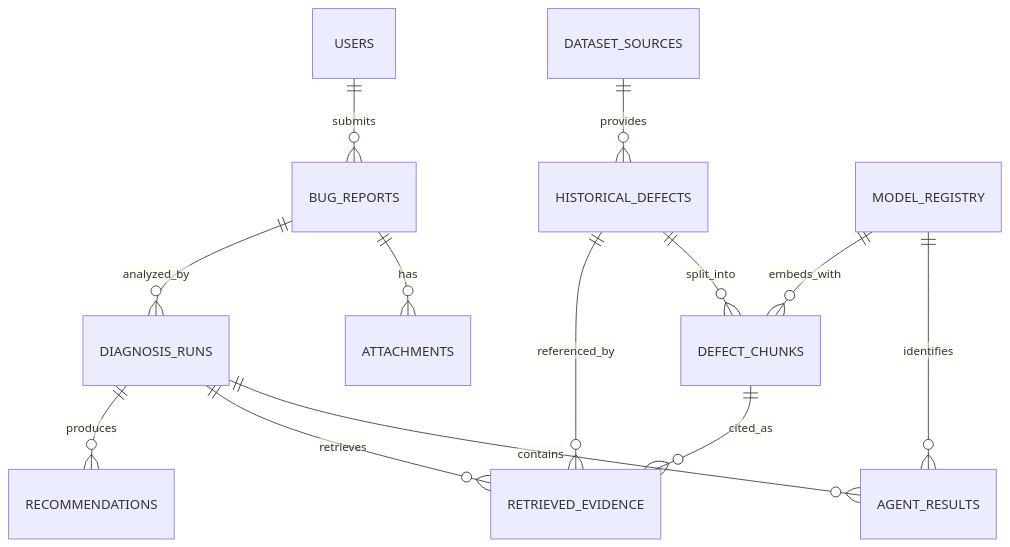
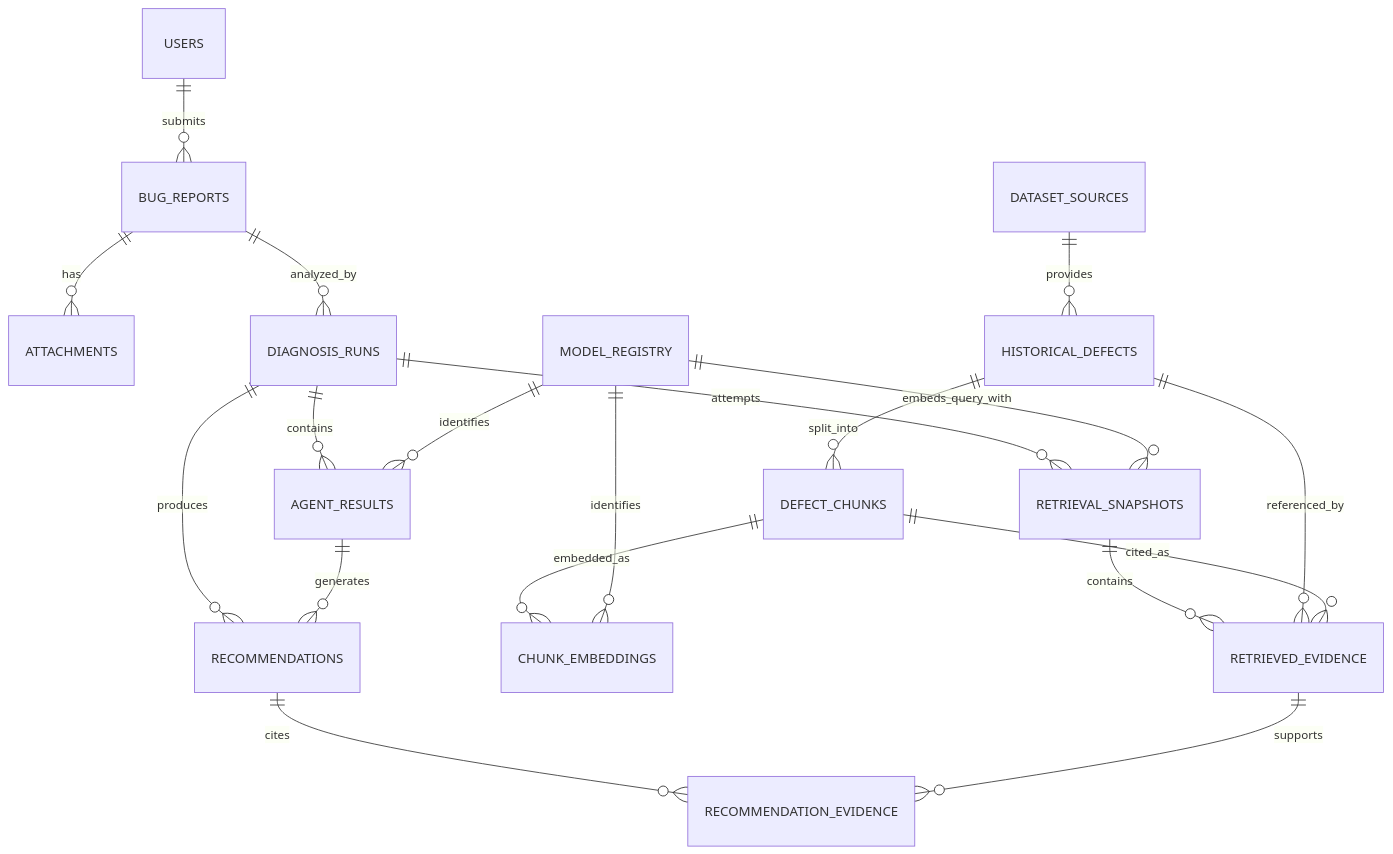
Before and after one commit to Mokshsaini7/intelligent-bug-diagnosis-platform: the diagram in docs/database-schema.md, drawn with Mermaid. The commit also changed other lines of this file, not shown here.

````diff
--- a/docs/database-schema.md
+++ b/docs/database-schema.md
@@ -78,15 +87,21 @@
 ```mermaid
 erDiagram
     USERS ||--o{ BUG_REPORTS : submits
     BUG_REPORTS ||--o{ ATTACHMENTS : has
     BUG_REPORTS ||--o{ DIAGNOSIS_RUNS : analyzed_by
     DIAGNOSIS_RUNS ||--o{ AGENT_RESULTS : contains
-    DIAGNOSIS_RUNS ||--o{ RETRIEVED_EVIDENCE : retrieves
     DIAGNOSIS_RUNS ||--o{ RECOMMENDATIONS : produces
+    AGENT_RESULTS ||--o{ RECOMMENDATIONS : generates
     DATASET_SOURCES ||--o{ HISTORICAL_DEFECTS : provides
     HISTORICAL_DEFECTS ||--o{ DEFECT_CHUNKS : split_into
+    DEFECT_CHUNKS ||--o{ CHUNK_EMBEDDINGS : embedded_as
+    MODEL_REGISTRY ||--o{ CHUNK_EMBEDDINGS : identifies
+    DIAGNOSIS_RUNS ||--o{ RETRIEVAL_SNAPSHOTS : attempts
+    RETRIEVAL_SNAPSHOTS ||--o{ RETRIEVED_EVIDENCE : contains
     HISTORICAL_DEFECTS ||--o{ RETRIEVED_EVIDENCE : referenced_by
     DEFECT_CHUNKS ||--o{ RETRIEVED_EVIDENCE : cited_as
     MODEL_REGISTRY ||--o{ AGENT_RESULTS : identifies
-    MODEL_REGISTRY ||--o{ DEFECT_CHUNKS : embeds_with
+    MODEL_REGISTRY ||--o{ RETRIEVAL_SNAPSHOTS : embeds_query_with
+    RECOMMENDATIONS ||--o{ RECOMMENDATION_EVIDENCE : cites
+    RETRIEVED_EVIDENCE ||--o{ RECOMMENDATION_EVIDENCE : supports
 ```
````
